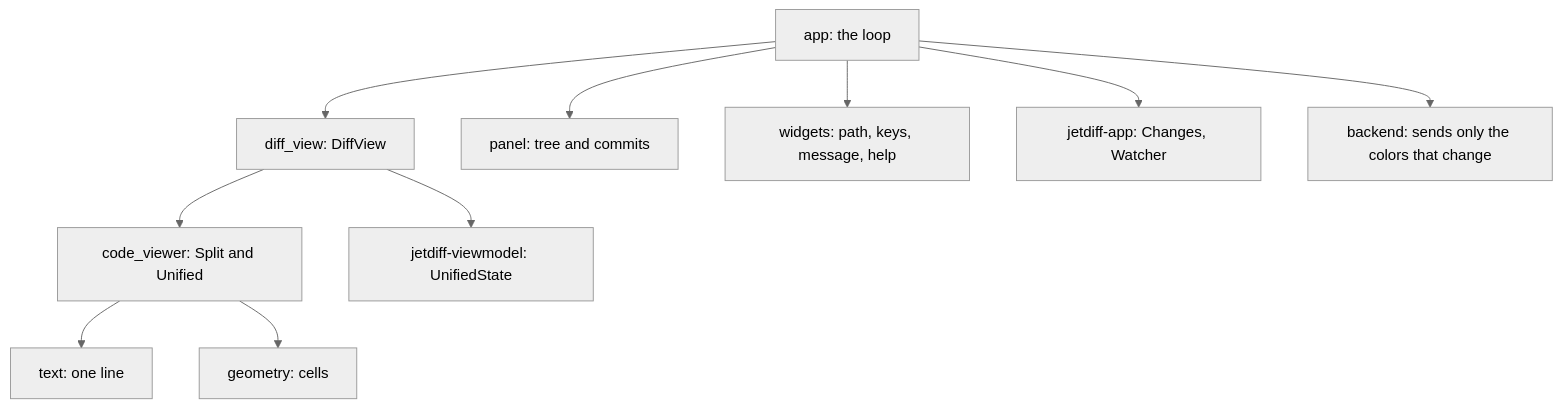
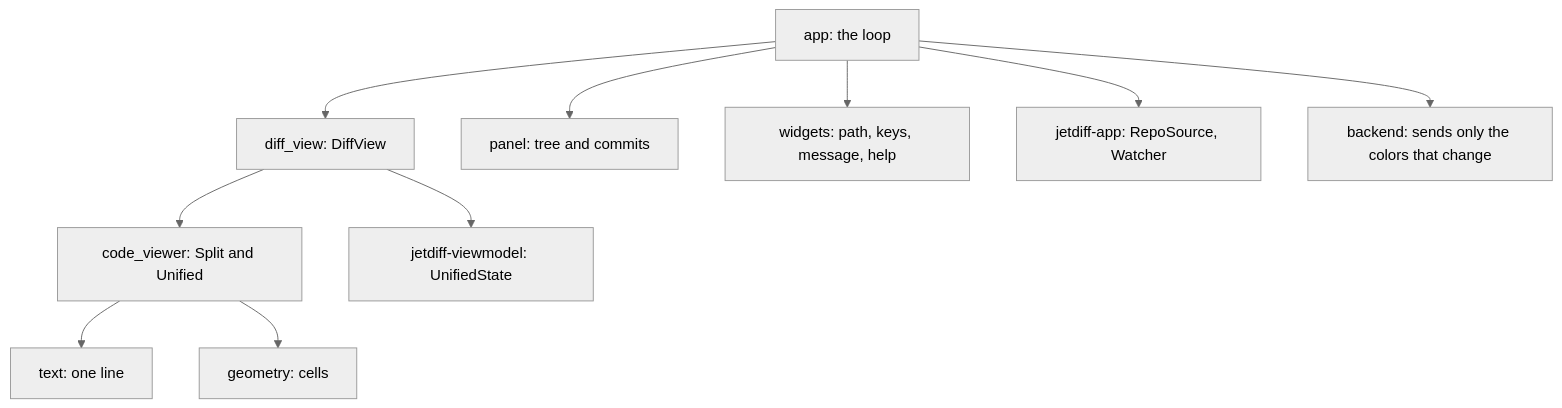
One commit to akemkers/jetdiff changed the diagram in crates/jetdiff-tui/README.md. Above: the diagram before and after it, drawn with Mermaid (neutral theme). The commit also changed other lines of this file and 23 other files, not shown here.

First line of the commit message:
Repo source with an explicit trigger (#32)

````diff
--- a/crates/jetdiff-tui/README.md
+++ b/crates/jetdiff-tui/README.md
@@ -32,12 +32,12 @@
 ```mermaid
 graph TD
     app[app: the loop] --> diff[diff_view: DiffView]
     app --> panel[panel: tree and commits]
     app --> widgets[widgets: path, keys, message, help]
-    app --> changes[jetdiff-app: Changes, Watcher]
+    app --> source[jetdiff-app: RepoSource, Watcher]
     app --> backend[backend: sends only the colors that change]
     diff --> viewer[code_viewer: Split and Unified]
     viewer --> text[text: one line]
     viewer --> geometry[geometry: cells]
     diff --> state[jetdiff-viewmodel: UnifiedState]
 ```
````
